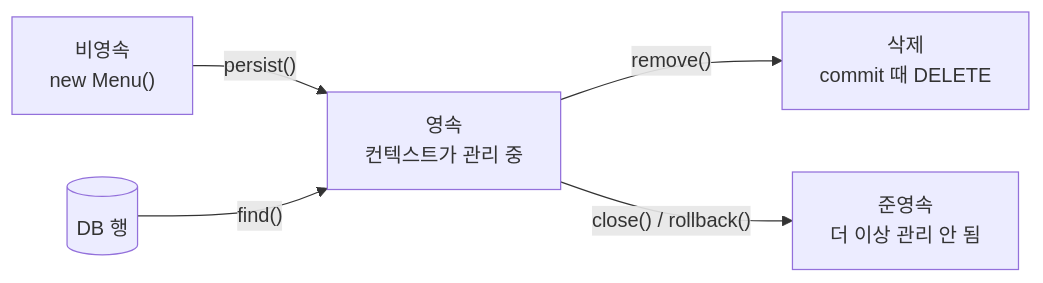
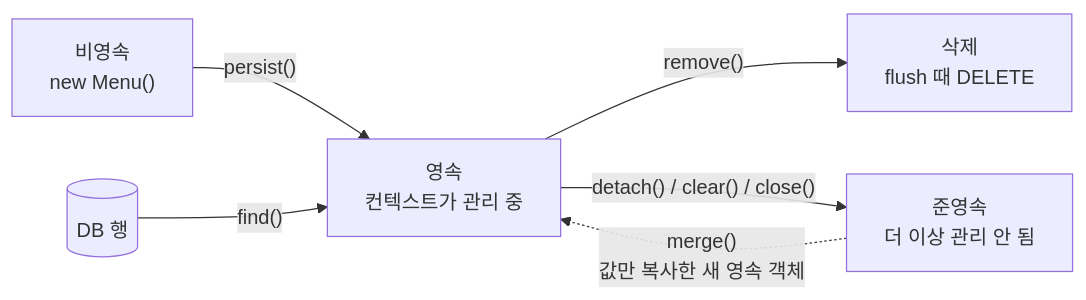
The second of 4 diagrams in _posts/2026-11-02-jpa-persistence-context-dirty-checking.md (wol20670/my-blog), drawn with Mermaid before and after one commit. The commit also changed other lines of this file, not shown here.

Commit message:
post: 영속성 컨텍스트 글에 엔티티 생명주기 추가 (비영속, 영속, 준영속, 삭제, merge)

````diff
--- a/_posts/2026-11-02-jpa-persistence-context-dirty-checking.md
+++ b/_posts/2026-11-02-jpa-persistence-context-dirty-checking.md
@@ -172,7 +172,8 @@
 ```mermaid
 flowchart LR
     N["비영속<br/>new Menu()"] -->|"persist()"| M["영속<br/>컨텍스트가 관리 중"]
     DB[("DB 행")] -->|"find()"| M
-    M -->|"remove()"| R["삭제<br/>commit 때 DELETE"]
-    M -->|"close() / rollback()"| D["준영속<br/>더 이상 관리 안 됨"]
+    M -->|"remove()"| R["삭제<br/>flush 때 DELETE"]
+    M -->|"detach() / clear() / close()"| D["준영속<br/>더 이상 관리 안 됨"]
+    D -.->|"merge()<br/>값만 복사한 새 영속 객체"| M
 ```
````
